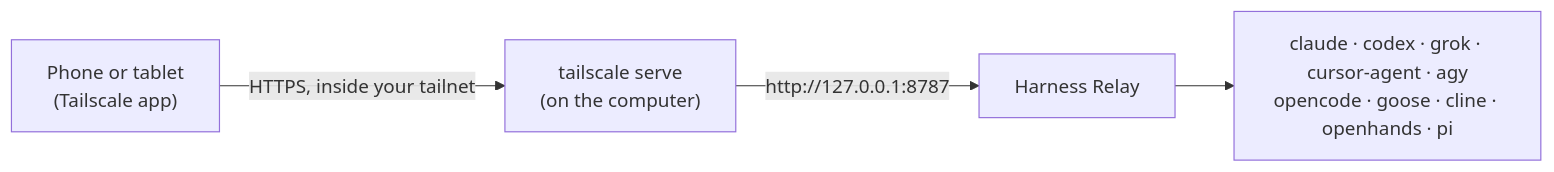
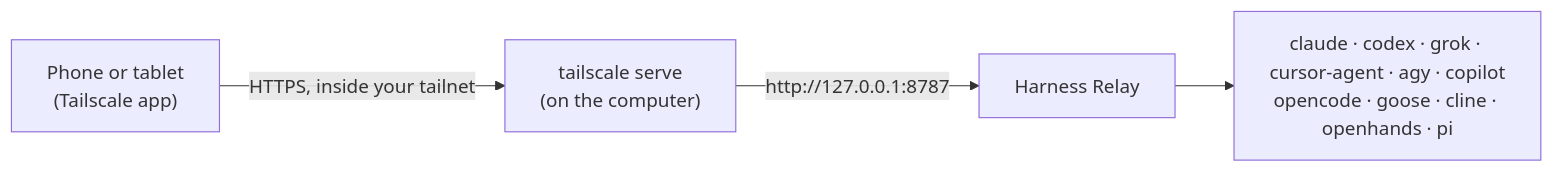
The diagram in docs/remote-access.md (Agentic-System-Lab/harness-relay), drawn with Mermaid before and after one commit. The commit also changed other lines of this file and 100 other files, not shown here.

````diff
--- a/docs/remote-access.md
+++ b/docs/remote-access.md
@@ -7,6 +7,6 @@
 ```mermaid
 flowchart LR
   P["Phone or tablet<br/>(Tailscale app)"] -- "HTTPS, inside your tailnet" --> S["tailscale serve<br/>(on the computer)"]
   S -- "http://127.0.0.1:8787" --> R["Harness Relay"]
-  R --> A["claude · codex · grok · cursor-agent · agy<br/>opencode · goose · cline · openhands · pi"]
+  R --> A["claude · codex · grok · cursor-agent · agy · copilot<br/>opencode · goose · cline · openhands · pi"]
 ```
````
